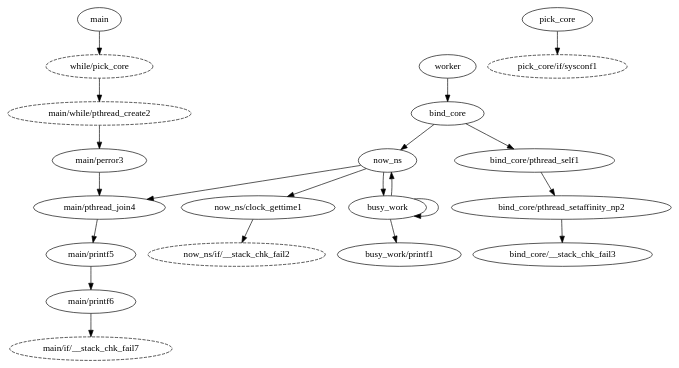
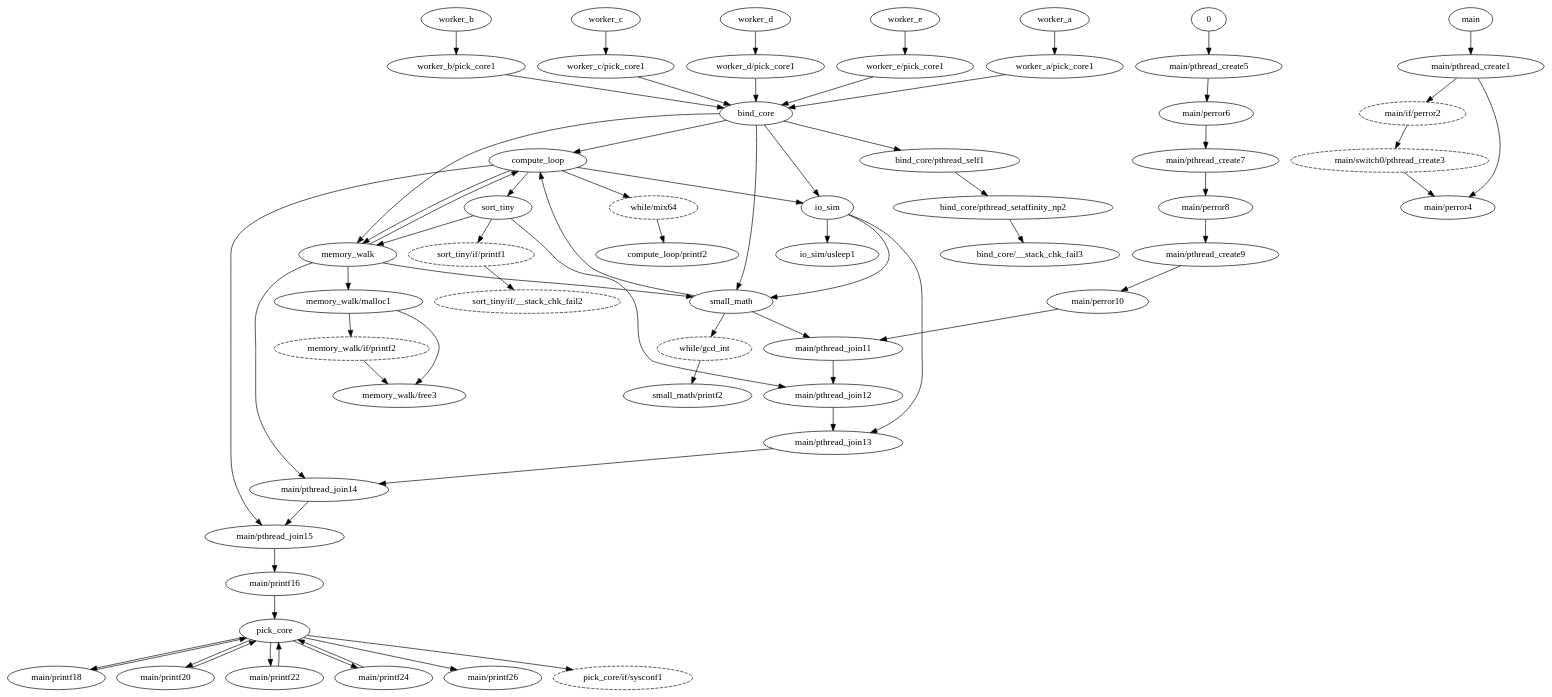
Before and after one commit to nirvana929/mydag: the diagram in mycallyplus/中间结果/schedule_demo/生成dag图/dag_source_only_filt.dot, drawn with Graphviz. The commit also changed 147 other files, not shown here.

```diff
--- a/mycallyplus/中间结果/schedule_demo/生成dag图/dag_source_only_filt.dot
+++ b/mycallyplus/中间结果/schedule_demo/生成dag图/dag_source_only_filt.dot
@@ -1,27 +1,82 @@
 strict digraph callgraph {
 "bind_core" -> "bind_core/pthread_self1";
 "bind_core/pthread_self1" -> "bind_core/pthread_setaffinity_np2";
 "bind_core/pthread_setaffinity_np2" -> "bind_core/__stack_chk_fail3";
-"busy_work" -> "busy_work/printf1";
-"main" -> "while/pick_core";
-"while/pick_core" [style=dashed]
-"while/pick_core" -> "main/while/pthread_create2";
-"main/while/pthread_create2" [style=dashed]
-"main/while/pthread_create2" -> "main/perror3";
-"now_ns" -> "main/pthread_join4";
-"main/perror3" -> "main/pthread_join4";
-"main/pthread_join4" -> "main/printf5";
-"main/printf5" -> "main/printf6";
-"main/printf6" -> "main/if/__stack_chk_fail7";
-"main/if/__stack_chk_fail7" [style=dashed]
-"now_ns" -> "now_ns/clock_gettime1";
-"now_ns/clock_gettime1" -> "now_ns/if/__stack_chk_fail2";
-"now_ns/if/__stack_chk_fail2" [style=dashed]
+"compute_loop" -> "while/mix64";
+"while/mix64" [style=dashed]
+"while/mix64" -> "compute_loop/printf2";
+"io_sim" -> "io_sim/usleep1";
+"main" -> "main/pthread_create1";
+"main/pthread_create1" -> "main/if/perror2";
+"main/if/perror2" [style=dashed]
+"main/if/perror2" -> "main/switch0/pthread_create3";
+"main/switch0/pthread_create3" [style=dashed]
+"main/switch0/pthread_create3" -> "main/perror4";
+"main/pthread_create1" -> "main/perror4";
+"0" -> "main/pthread_create5";
+"main/pthread_create5" -> "main/perror6";
+"main/perror6" -> "main/pthread_create7";
+"main/pthread_create7" -> "main/perror8";
+"main/perror8" -> "main/pthread_create9";
+"main/pthread_create9" -> "main/perror10";
+"small_math" -> "main/pthread_join11";
+"main/perror10" -> "main/pthread_join11";
+"sort_tiny" -> "main/pthread_join12";
+"main/pthread_join11" -> "main/pthread_join12";
+"io_sim" -> "main/pthread_join13";
+"main/pthread_join12" -> "main/pthread_join13";
+"memory_walk" -> "main/pthread_join14";
+"main/pthread_join13" -> "main/pthread_join14";
+"compute_loop" -> "main/pthread_join15";
+"main/pthread_join14" -> "main/pthread_join15";
+"main/pthread_join15" -> "main/printf16";
+"main/printf16" -> "pick_core";
+"pick_core" -> "main/printf18";
+"main/printf18" -> "pick_core";
+"pick_core" -> "main/printf20";
+"main/printf20" -> "pick_core";
+"pick_core" -> "main/printf22";
+"main/printf22" -> "pick_core";
+"pick_core" -> "main/printf24";
+"main/printf24" -> "pick_core";
+"pick_core" -> "main/printf26";
+"memory_walk" -> "memory_walk/malloc1";
+"memory_walk/malloc1" -> "memory_walk/if/printf2";
+"memory_walk/if/printf2" [style=dashed]
+"memory_walk/if/printf2" -> "memory_walk/free3";
+"memory_walk/malloc1" -> "memory_walk/free3";
 "pick_core" -> "pick_core/if/sysconf1";
 "pick_core/if/sysconf1" [style=dashed]
-"worker" -> "bind_core";
-"bind_core" -> "now_ns";
-"now_ns" -> "busy_work";
-"busy_work" -> "busy_work";
-"busy_work" -> "now_ns";
+"small_math" -> "while/gcd_int";
+"while/gcd_int" [style=dashed]
+"while/gcd_int" -> "small_math/printf2";
+"sort_tiny" -> "sort_tiny/if/printf1";
+"sort_tiny/if/printf1" [style=dashed]
+"sort_tiny/if/printf1" -> "sort_tiny/if/__stack_chk_fail2";
+"sort_tiny/if/__stack_chk_fail2" [style=dashed]
+"worker_a" -> "worker_a/pick_core1";
+"worker_a/pick_core1" -> "bind_core";
+"bind_core" -> "compute_loop";
+"compute_loop" -> "memory_walk";
+"memory_walk" -> "small_math";
+"worker_b" -> "worker_b/pick_core1";
+"worker_b/pick_core1" -> "bind_core";
+"bind_core" -> "memory_walk";
+"memory_walk" -> "compute_loop";
+"compute_loop" -> "sort_tiny";
+"worker_c" -> "worker_c/pick_core1";
+"worker_c/pick_core1" -> "bind_core";
+"bind_core" -> "small_math";
+"small_math" -> "compute_loop";
+"compute_loop" -> "io_sim";
+"worker_d" -> "worker_d/pick_core1";
+"worker_d/pick_core1" -> "bind_core";
+"bind_core" -> "compute_loop";
+"compute_loop" -> "sort_tiny";
+"sort_tiny" -> "memory_walk";
+"worker_e" -> "worker_e/pick_core1";
+"worker_e/pick_core1" -> "bind_core";
+"bind_core" -> "io_sim";
+"io_sim" -> "small_math";
+"small_math" -> "compute_loop";
 }
```
